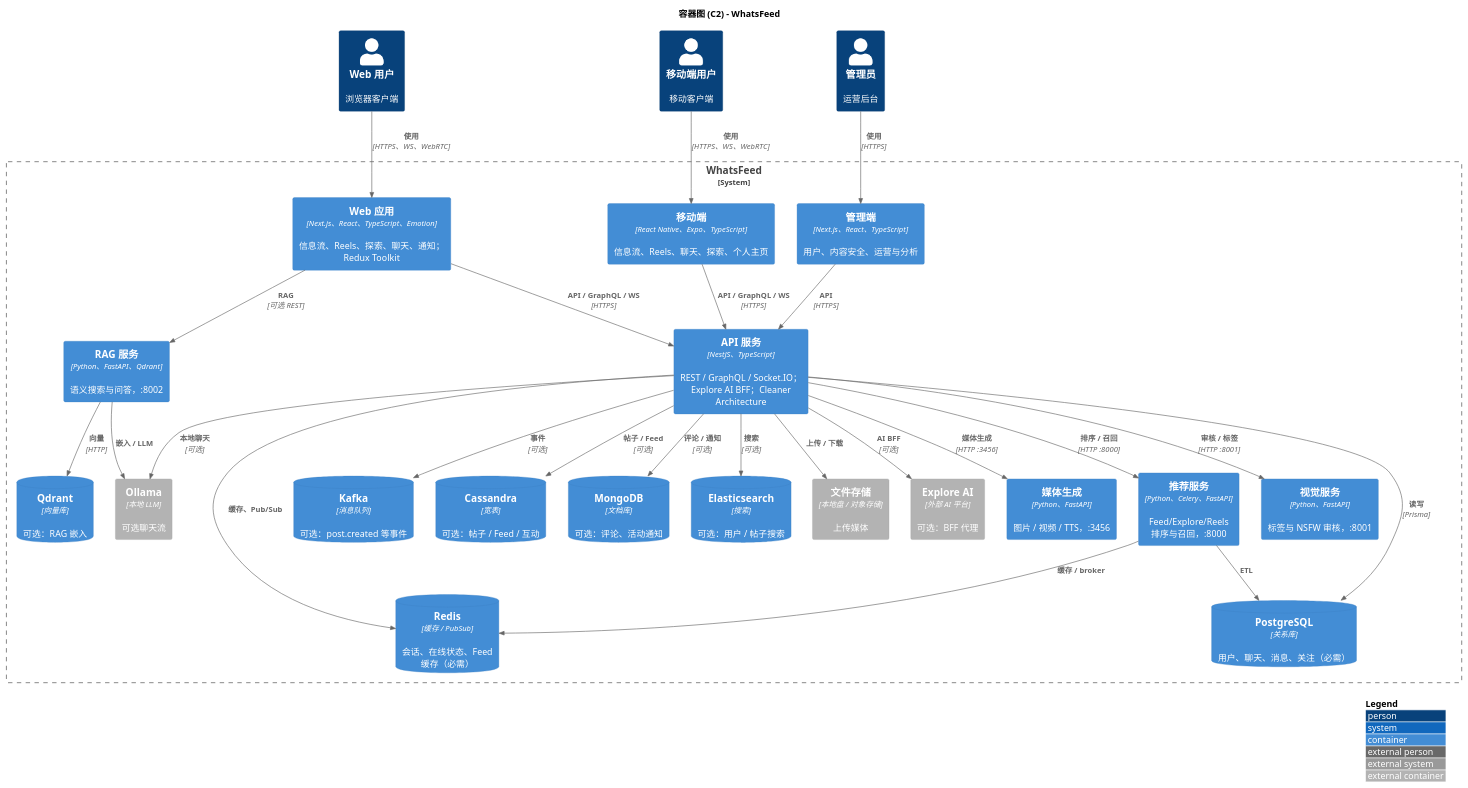
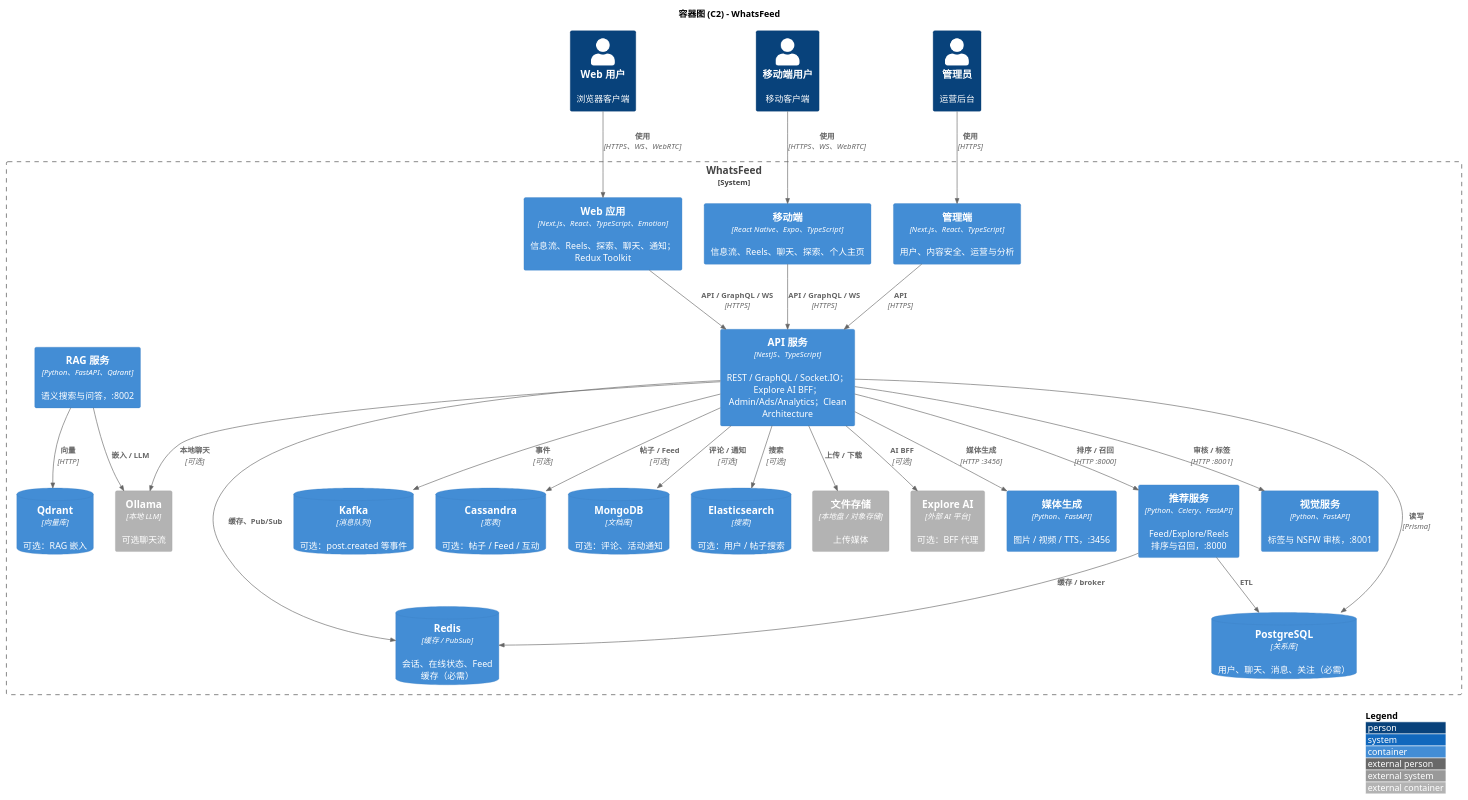
The diagram in docs/developer/c4-model/C2-Container.puml (felixzhu97/explore-chat), drawn with PlantUML before and after one commit. The commit also changed 9 other files, not shown here.

```diff
--- a/docs/developer/c4-model/C2-Container.puml
+++ b/docs/developer/c4-model/C2-Container.puml
@@ -1,57 +1,56 @@
 @startuml C2-Container
 !include https://raw.githubusercontent.com/plantuml-stdlib/C4-PlantUML/master/C4_Container.puml
 
 LAYOUT_WITH_LEGEND()
 
 title 容器图 (C2) - WhatsFeed
 
 Person(user_web, "Web 用户", "浏览器客户端")
 Person(user_mobile, "移动端用户", "移动客户端")
 Person(admin_user, "管理员", "运营后台")
 
 System_Boundary(whatsfeed, "WhatsFeed") {
   Container(web_app, "Web 应用", "Next.js、React、TypeScript、Emotion", "信息流、Reels、探索、聊天、通知；Redux Toolkit")
   Container(admin_app, "管理端", "Next.js、React、TypeScript", "用户、内容安全、运营与分析")
   Container(mobile_app, "移动端", "React Native、Expo、TypeScript", "信息流、Reels、聊天、探索、个人主页")
-  Container(api_server, "API 服务", "NestJS、TypeScript", "REST / GraphQL / Socket.IO；Explore AI BFF；Cleaner Architecture")
+  Container(api_server, "API 服务", "NestJS、TypeScript", "REST / GraphQL / Socket.IO；Explore AI BFF；Admin/Ads/Analytics；Clean Architecture")
   Container(media_gen, "媒体生成", "Python、FastAPI", "图片 / 视频 / TTS，:3456")
   Container(recommendation_svc, "推荐服务", "Python、Celery、FastAPI", "Feed/Explore/Reels 排序与召回，:8000")
   Container(vision_svc, "视觉服务", "Python、FastAPI", "标签与 NSFW 审核，:8001")
   Container(rag_svc, "RAG 服务", "Python、FastAPI、Qdrant", "语义搜索与问答，:8002")
   ContainerDb(postgres, "PostgreSQL", "关系库", "用户、聊天、消息、关注（必需）")
   ContainerDb(redis, "Redis", "缓存 / PubSub", "会话、在线状态、Feed 缓存（必需）")
   ContainerDb(kafka, "Kafka", "消息队列", "可选：post.created 等事件")
   ContainerDb(cassandra, "Cassandra", "宽表", "可选：帖子 / Feed / 互动")
   ContainerDb(mongodb, "MongoDB", "文档库", "可选：评论、活动通知")
   ContainerDb(elasticsearch, "Elasticsearch", "搜索", "可选：用户 / 帖子搜索")
   ContainerDb(qdrant, "Qdrant", "向量库", "可选：RAG 嵌入")
   Container_Ext(file_storage, "文件存储", "本地盘 / 对象存储", "上传媒体")
   Container_Ext(ollama, "Ollama", "本地 LLM", "可选聊天流")
   Container_Ext(explore_ai, "Explore AI", "外部 AI 平台", "可选：BFF 代理")
 }
 
 Rel(user_web, web_app, "使用", "HTTPS、WS、WebRTC")
 Rel(user_mobile, mobile_app, "使用", "HTTPS、WS、WebRTC")
 Rel(admin_user, admin_app, "使用", "HTTPS")
 Rel(web_app, api_server, "API / GraphQL / WS", "HTTPS")
 Rel(mobile_app, api_server, "API / GraphQL / WS", "HTTPS")
 Rel(admin_app, api_server, "API", "HTTPS")
 Rel(api_server, postgres, "读写", "Prisma")
 Rel(api_server, redis, "缓存、Pub/Sub")
 Rel(api_server, kafka, "事件", "可选")
 Rel(api_server, cassandra, "帖子 / Feed", "可选")
 Rel(api_server, mongodb, "评论 / 通知", "可选")
 Rel(api_server, elasticsearch, "搜索", "可选")
 Rel(api_server, file_storage, "上传 / 下载")
 Rel(api_server, media_gen, "媒体生成", "HTTP :3456")
 Rel(api_server, vision_svc, "审核 / 标签", "HTTP :8001")
 Rel(api_server, recommendation_svc, "排序 / 召回", "HTTP :8000")
 Rel(api_server, ollama, "本地聊天", "可选")
 Rel(api_server, explore_ai, "AI BFF", "可选")
 Rel(recommendation_svc, redis, "缓存 / broker")
 Rel(recommendation_svc, postgres, "ETL")
 Rel(rag_svc, qdrant, "向量", "HTTP")
 Rel(rag_svc, ollama, "嵌入 / LLM")
-Rel(web_app, rag_svc, "RAG", "可选 REST")
 
 @enduml
```
